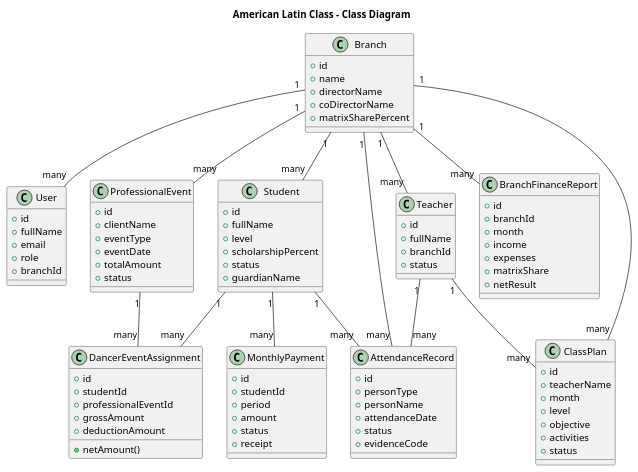
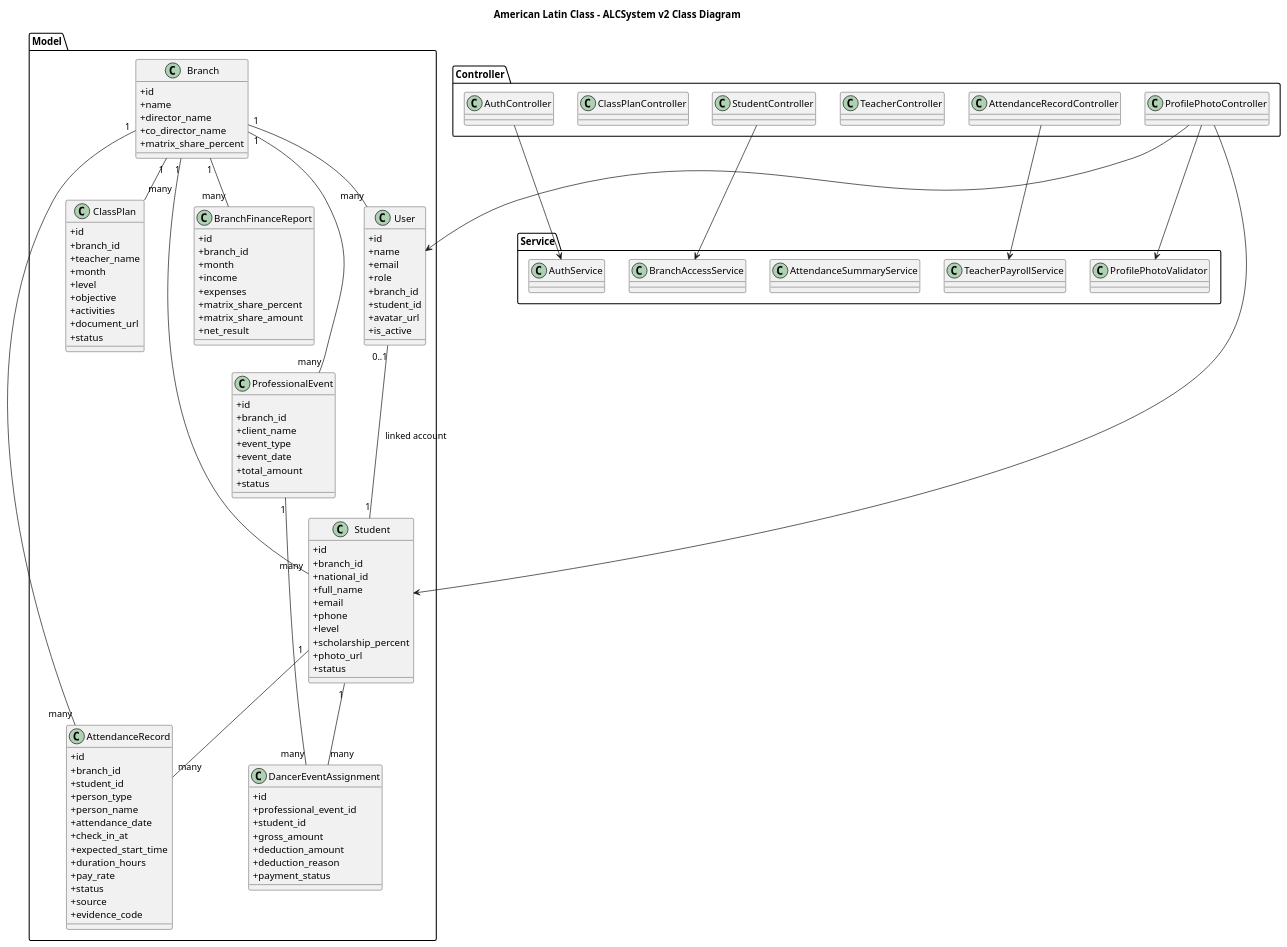
The diagram in 04UMLDiagrams/02ClassDiagram/class-diagram.puml (EvelynVillarreal/AWD-30716-Code-Coffee), drawn with PlantUML before and after one commit. The commit also changed 3 other files, not shown here.

Commit message:
ALCSystem v2.0.2: update UML diagrams

```diff
--- a/04UMLDiagrams/02ClassDiagram/class-diagram.puml
+++ b/04UMLDiagrams/02ClassDiagram/class-diagram.puml
@@ -1,107 +1,134 @@
 @startuml
-title American Latin Class - Class Diagram
+title American Latin Class - ALCSystem v2 Class Diagram
+skinparam classAttributeIconSize 0
 
-class Branch {
-  +id
-  +name
-  +directorName
-  +coDirectorName
-  +matrixSharePercent
+package "Model" {
+  class Branch {
+    +id
+    +name
+    +director_name
+    +co_director_name
+    +matrix_share_percent
+  }
+
+  class User {
+    +id
+    +name
+    +email
+    +role
+    +branch_id
+    +student_id
+    +avatar_url
+    +is_active
+  }
+
+  class Student {
+    +id
+    +branch_id
+    +national_id
+    +full_name
+    +email
+    +phone
+    +level
+    +scholarship_percent
+    +photo_url
+    +status
+  }
+
+  class ClassPlan {
+    +id
+    +branch_id
+    +teacher_name
+    +month
+    +level
+    +objective
+    +activities
+    +document_url
+    +status
+  }
+
+  class AttendanceRecord {
+    +id
+    +branch_id
+    +student_id
+    +person_type
+    +person_name
+    +attendance_date
+    +check_in_at
+    +expected_start_time
+    +duration_hours
+    +pay_rate
+    +status
+    +source
+    +evidence_code
+  }
+
+  class BranchFinanceReport {
+    +id
+    +branch_id
+    +month
+    +income
+    +expenses
+    +matrix_share_percent
+    +matrix_share_amount
+    +net_result
+  }
+
+  class ProfessionalEvent {
+    +id
+    +branch_id
+    +client_name
+    +event_type
+    +event_date
+    +total_amount
+    +status
+  }
+
+  class DancerEventAssignment {
+    +id
+    +professional_event_id
+    +student_id
+    +gross_amount
+    +deduction_amount
+    +deduction_reason
+    +payment_status
+  }
 }
 
-class User {
-  +id
-  +fullName
-  +email
-  +role
-  +branchId
+package "Controller" {
+  class AuthController
+  class StudentController
+  class TeacherController
+  class AttendanceRecordController
+  class ClassPlanController
+  class ProfilePhotoController
 }
 
-class Student {
-  +id
-  +fullName
-  +level
-  +scholarshipPercent
-  +status
-  +guardianName
-}
-
-class Teacher {
-  +id
-  +fullName
-  +branchId
-  +status
-}
-
-class ClassPlan {
-  +id
-  +teacherName
-  +month
-  +level
-  +objective
-  +activities
-  +status
-}
-
-class AttendanceRecord {
-  +id
-  +personType
-  +personName
-  +attendanceDate
-  +status
-  +evidenceCode
-}
-
-class MonthlyPayment {
-  +id
-  +studentId
-  +period
-  +amount
-  +status
-  +receipt
-}
-
-class BranchFinanceReport {
-  +id
-  +branchId
-  +month
-  +income
-  +expenses
-  +matrixShare
-  +netResult
-}
-
-class ProfessionalEvent {
-  +id
-  +clientName
-  +eventType
-  +eventDate
-  +totalAmount
-  +status
-}
-
-class DancerEventAssignment {
-  +id
-  +studentId
-  +professionalEventId
-  +grossAmount
-  +deductionAmount
-  +netAmount()
+package "Service" {
+  class AuthService
+  class BranchAccessService
+  class AttendanceSummaryService
+  class TeacherPayrollService
+  class ProfilePhotoValidator
 }
 
 Branch "1" -- "many" User
 Branch "1" -- "many" Student
-Branch "1" -- "many" Teacher
 Branch "1" -- "many" ClassPlan
 Branch "1" -- "many" AttendanceRecord
 Branch "1" -- "many" BranchFinanceReport
 Branch "1" -- "many" ProfessionalEvent
 
-Student "1" -- "many" MonthlyPayment
+User "0..1" -- "1" Student : linked account
 Student "1" -- "many" AttendanceRecord
-Teacher "1" -- "many" ClassPlan
-Teacher "1" -- "many" AttendanceRecord
 ProfessionalEvent "1" -- "many" DancerEventAssignment
 Student "1" -- "many" DancerEventAssignment
 
+AuthController --> AuthService
+StudentController --> BranchAccessService
+AttendanceRecordController --> TeacherPayrollService
+ProfilePhotoController --> ProfilePhotoValidator
+ProfilePhotoController --> User
+ProfilePhotoController --> Student
+
 @enduml
```
